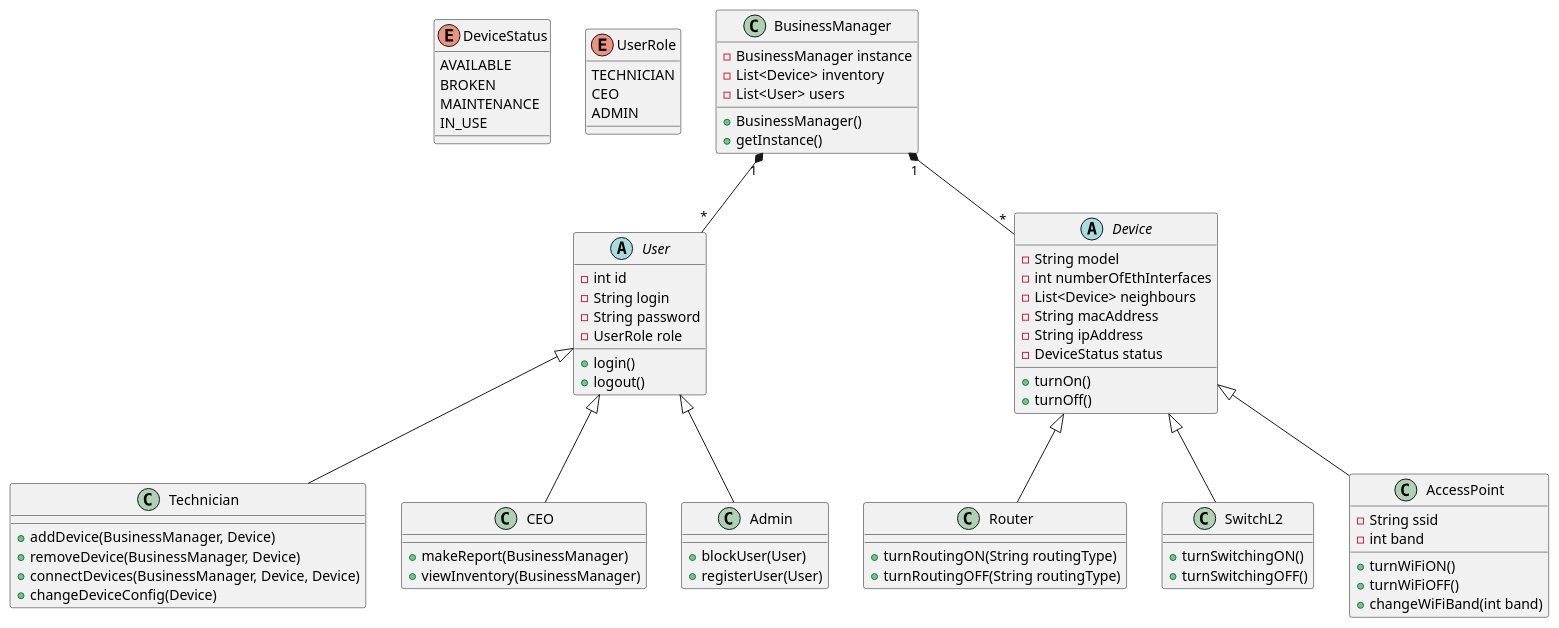
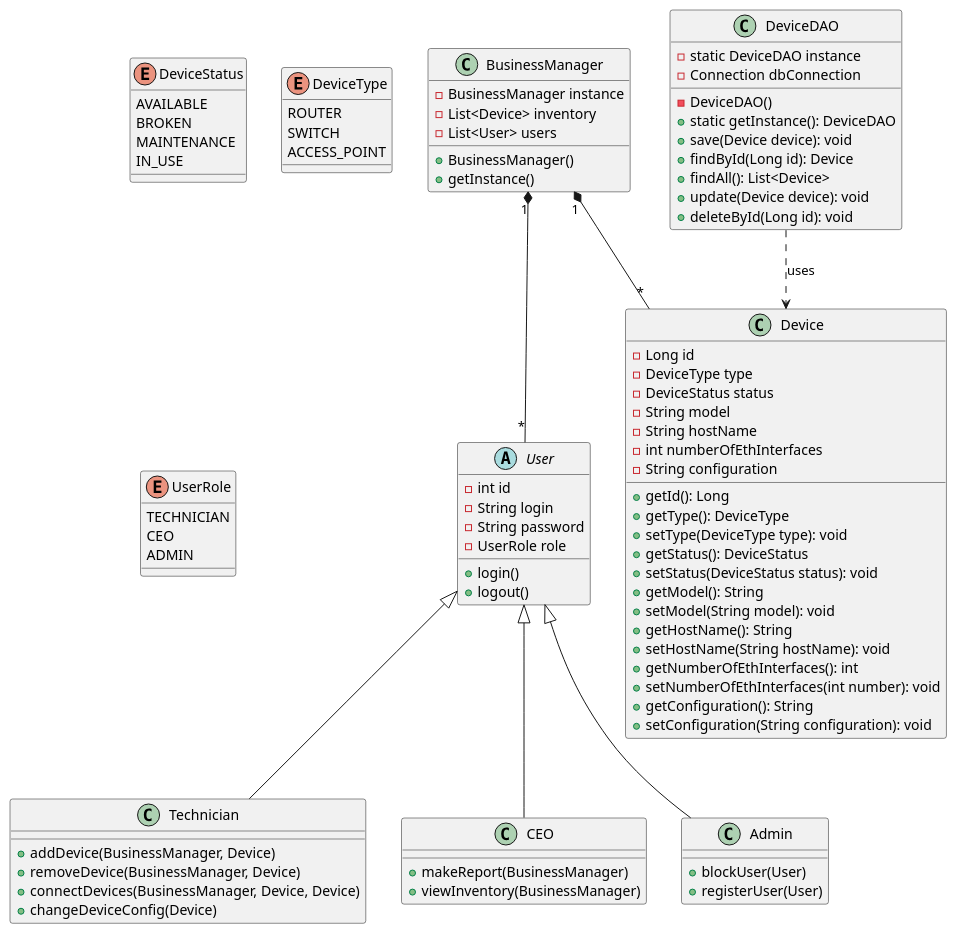
Before and after one commit to backslashN10/po2025: the diagram in routerPOL/docs/diagrams/class_diagram.wsd, drawn with PlantUML.

Commit message:
check for bugs

```diff
--- a/routerPOL/docs/diagrams/class_diagram.wsd
+++ b/routerPOL/docs/diagrams/class_diagram.wsd
@@ -1,83 +1,96 @@
 @startuml
 
 enum DeviceStatus {
   AVAILABLE
   BROKEN
   MAINTENANCE
   IN_USE
+}
+
+enum DeviceType{
+  ROUTER
+  SWITCH
+  ACCESS_POINT
 }
 
 enum UserRole {
   TECHNICIAN
   CEO
   ADMIN
 }
 
 
 abstract class User {
   - int id
   - String login
   - String password
   - UserRole role
   + login()
   + logout()
 }
 
 class Technician extends User {
   + addDevice(BusinessManager, Device)
   + removeDevice(BusinessManager, Device)
   + connectDevices(BusinessManager, Device, Device)
   + changeDeviceConfig(Device)
 }
 
 class CEO extends User {
   + makeReport(BusinessManager)
   + viewInventory(BusinessManager)
 }
 
 class Admin extends User {
   + blockUser(User)
   + registerUser(User)
 }
 
-abstract class Device{
+class Device {
+  - Long id
+  - DeviceType type
+  - DeviceStatus status
   - String model
+  - String hostName
   - int numberOfEthInterfaces
-  - List<Device> neighbours
-  - String macAddress
-  - String ipAddress
-  - DeviceStatus status
-  + turnOn()
-  + turnOff()
+  - String configuration
+  + getId(): Long
+  + getType(): DeviceType
+  + setType(DeviceType type): void
+  + getStatus(): DeviceStatus
+  + setStatus(DeviceStatus status): void
+  + getModel(): String
+  + setModel(String model): void
+  + getHostName(): String
+  + setHostName(String hostName): void
+  + getNumberOfEthInterfaces(): int
+  + setNumberOfEthInterfaces(int number): void
+  + getConfiguration(): String
+  + setConfiguration(String configuration): void
 }
 
-class Router extends Device{
-  + turnRoutingON(String routingType)
-  + turnRoutingOFF(String routingType)
+class DeviceDAO {
+  - static DeviceDAO instance
+  - Connection dbConnection
+  - DeviceDAO()
+  + static getInstance(): DeviceDAO
+  + save(Device device): void
+  + findById(Long id): Device
+  + findAll(): List<Device>
+  + update(Device device): void
+  + deleteById(Long id): void
 }
 
-class SwitchL2 extends Device{
-  + turnSwitchingON()
-  + turnSwitchingOFF()
-}
-
-class AccessPoint extends Device{
-  - String ssid
-  - int band
-  + turnWiFiON()
-  + turnWiFiOFF()
-  + changeWiFiBand(int band)
-}
-
+DeviceDAO ..> Device : uses
 
 class BusinessManager {
   - BusinessManager instance
   - List<Device> inventory
   - List<User> users
   + BusinessManager()
   + getInstance()
 }
 BusinessManager "1" *-- "*" Device
 BusinessManager "1" *-- "*" User
 
 @enduml
```
